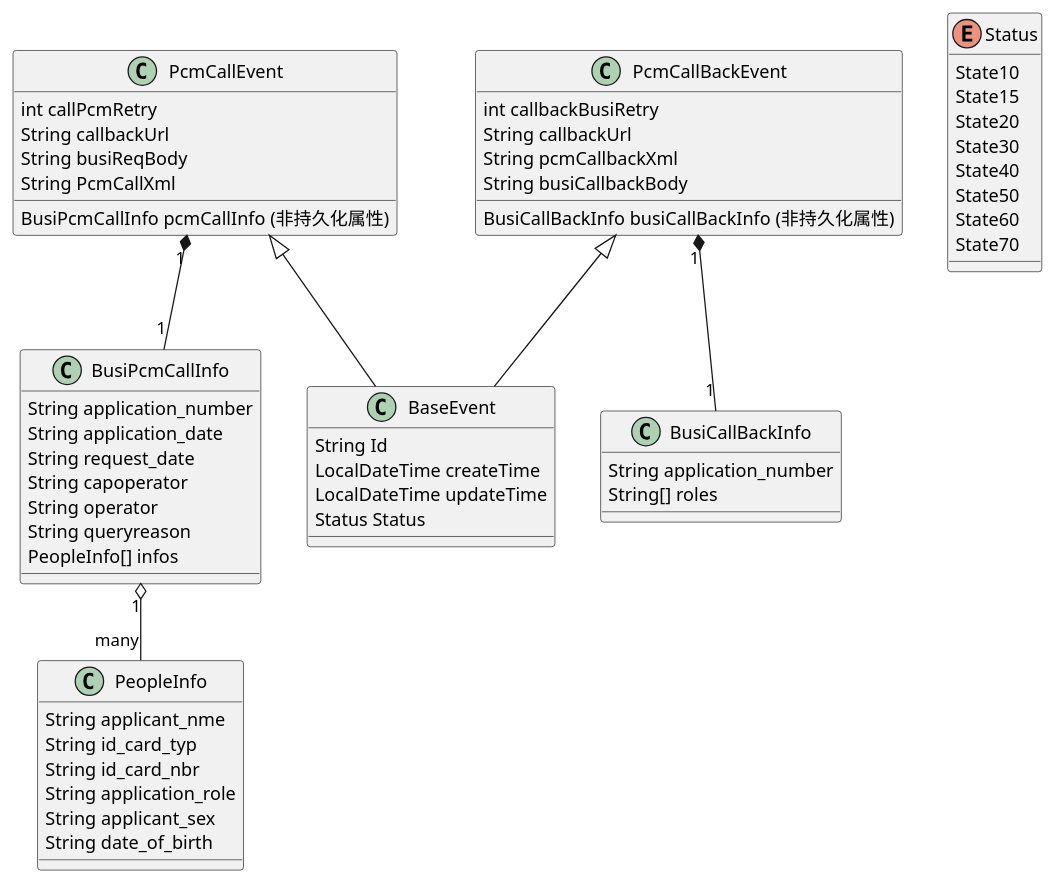
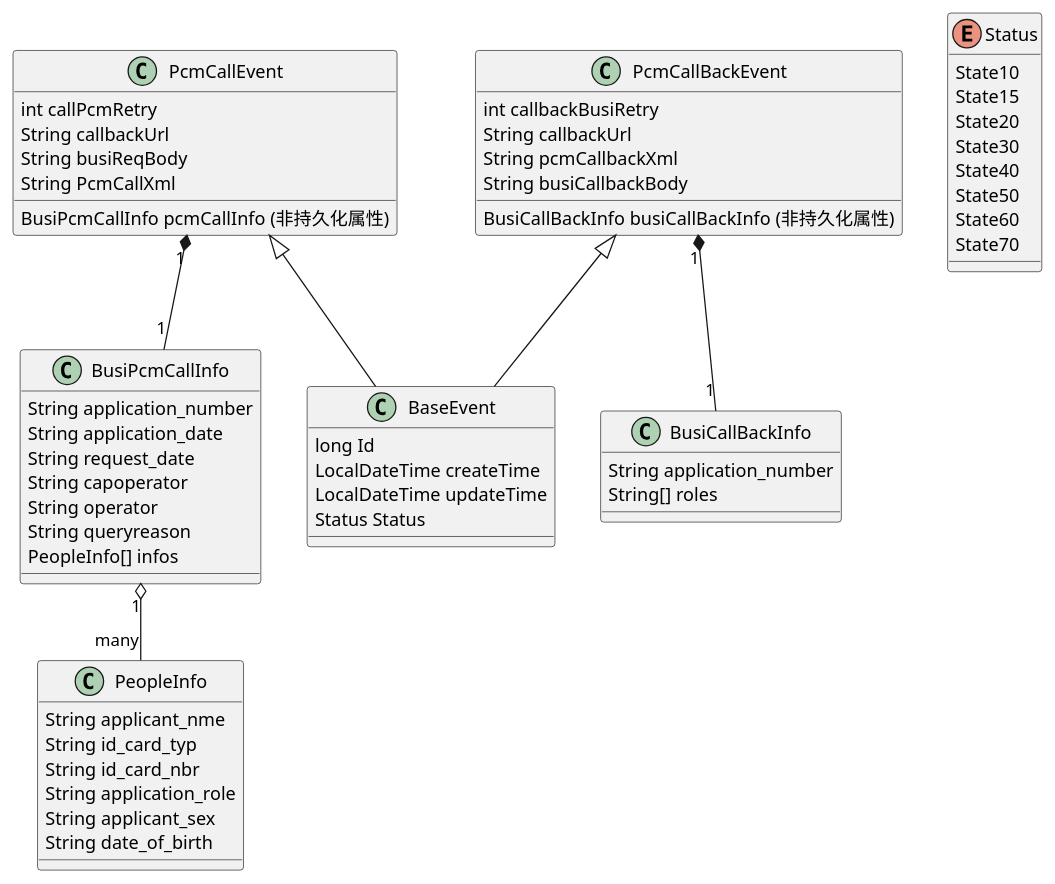
One commit to 0xff1234/xiaoshujiang changed the fourth of 5 diagrams in PcmDispatcher设计文档.md. Above: the diagram before and after it, drawn with PlantUML. The commit also changed other lines of this file, not shown here.

````diff
--- a/PcmDispatcher设计文档.md
+++ b/PcmDispatcher设计文档.md
@@ -146,68 +146,68 @@
 ``` plantuml!
 @startuml
 class BaseEvent {
-  String Id
+  long Id
   LocalDateTime createTime
   LocalDateTime updateTime
   Status Status
 }
 
 class PcmCallEvent {
   int callPcmRetry
   String callbackUrl
   String busiReqBody
   String PcmCallXml
   BusiPcmCallInfo pcmCallInfo (非持久化属性)
 }
 
 class PcmCallBackEvent {
   int callbackBusiRetry
   String callbackUrl
   String pcmCallbackXml
   String busiCallbackBody
   BusiCallBackInfo busiCallBackInfo (非持久化属性)
 }
 
 class BusiCallBackInfo{
   String application_number
   String[] roles 
 }
 
 class BusiPcmCallInfo{
   String application_number
   String application_date
   String request_date
   String capoperator
   String operator
   String queryreason
   PeopleInfo[] infos 
 }
 
 class PeopleInfo{
   String applicant_nme
   String id_card_typ
   String id_card_nbr
   String application_role
   String applicant_sex
   String date_of_birth
 }
 
 BusiPcmCallInfo "1" o-- "many" PeopleInfo
 PcmCallEvent <|-- BaseEvent
 PcmCallEvent "1" *-- "1" BusiPcmCallInfo
 
 PcmCallBackEvent <|-- BaseEvent
 PcmCallBackEvent "1" *-- "1" BusiCallBackInfo
 
 enum Status {
   State10
   State15
   State20
   State30
   State40
   State50
   State60
   State70
 }
 @enduml
 ```
````
